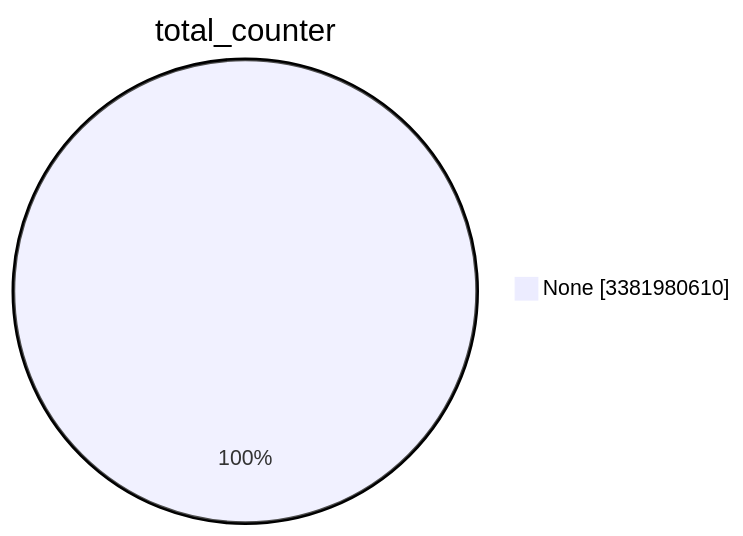
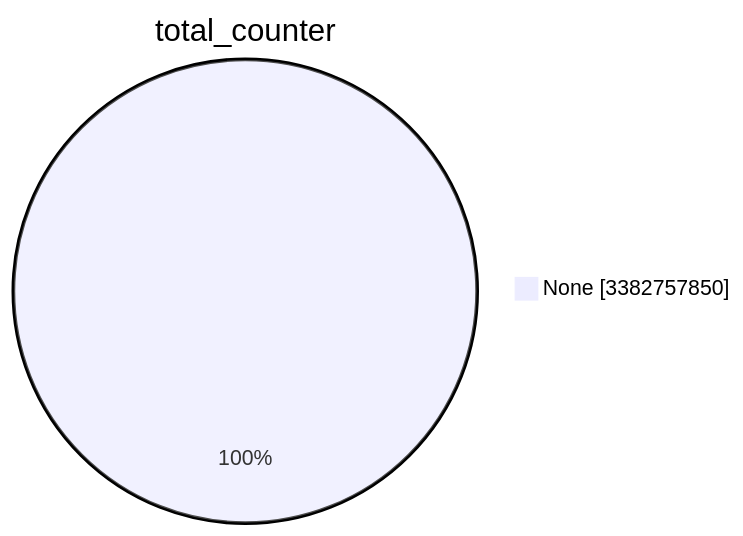
Before and after one commit to christiankrug/ctmonitor_visualization: the first of 15 diagrams in TOTAL/README.md, drawn with Mermaid. The commit also changed other lines of this file, not shown here.

````diff
--- a/TOTAL/README.md
+++ b/TOTAL/README.md
@@ -1,5 +1,5 @@
 ```mermaid
 pie showData
 title total_counter
-"None" :3381980610
+"None" :3382757850
 ```
````
